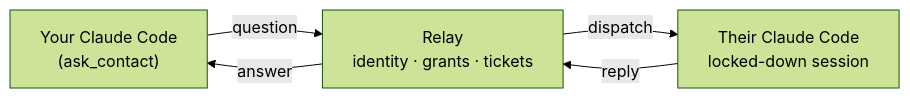
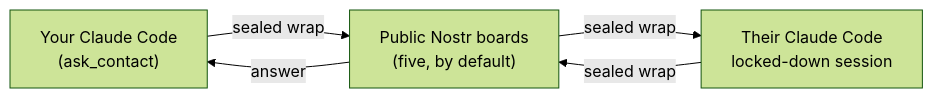
Before and after one commit to Joseamica/agentbridge: the first of 2 diagrams in README.md, drawn with Mermaid (forest theme). The commit also changed other lines of this file and 1 other file, not shown here.

Commit message:
docs: rewrite the README and the quick start for the serverless flow

````diff
--- a/README.md
+++ b/README.md
@@ -27,7 +28,7 @@
 ```mermaid
 flowchart LR
-    A["Your Claude Code<br/>(ask_contact)"] -->|question| R["Relay<br/>identity · grants · tickets"]
-    R -->|dispatch| C["Their Claude Code<br/>locked-down session"]
-    C -->|reply| R
-    R -->|answer| A
+    A["Your Claude Code<br/>(ask_contact)"] -->|sealed wrap| B1["Public Nostr boards<br/>(five, by default)"]
+    B1 -->|sealed wrap| C["Their Claude Code<br/>locked-down session"]
+    C -->|sealed wrap| B1
+    B1 -->|answer| A
 ```
````
